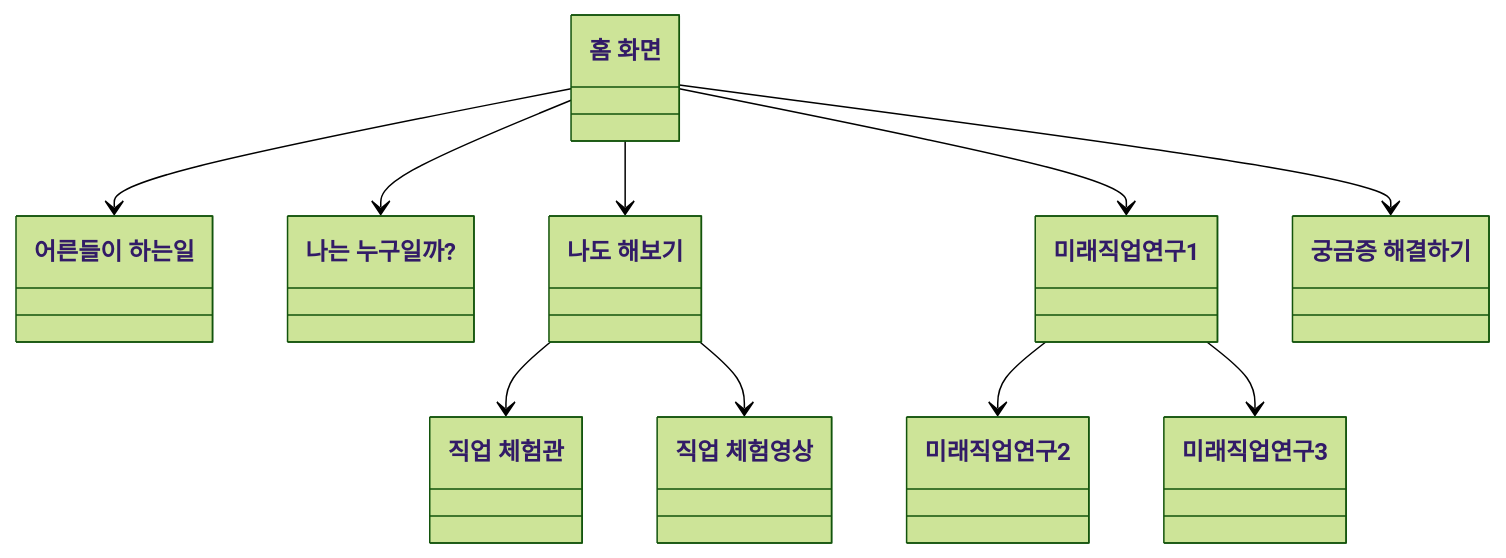
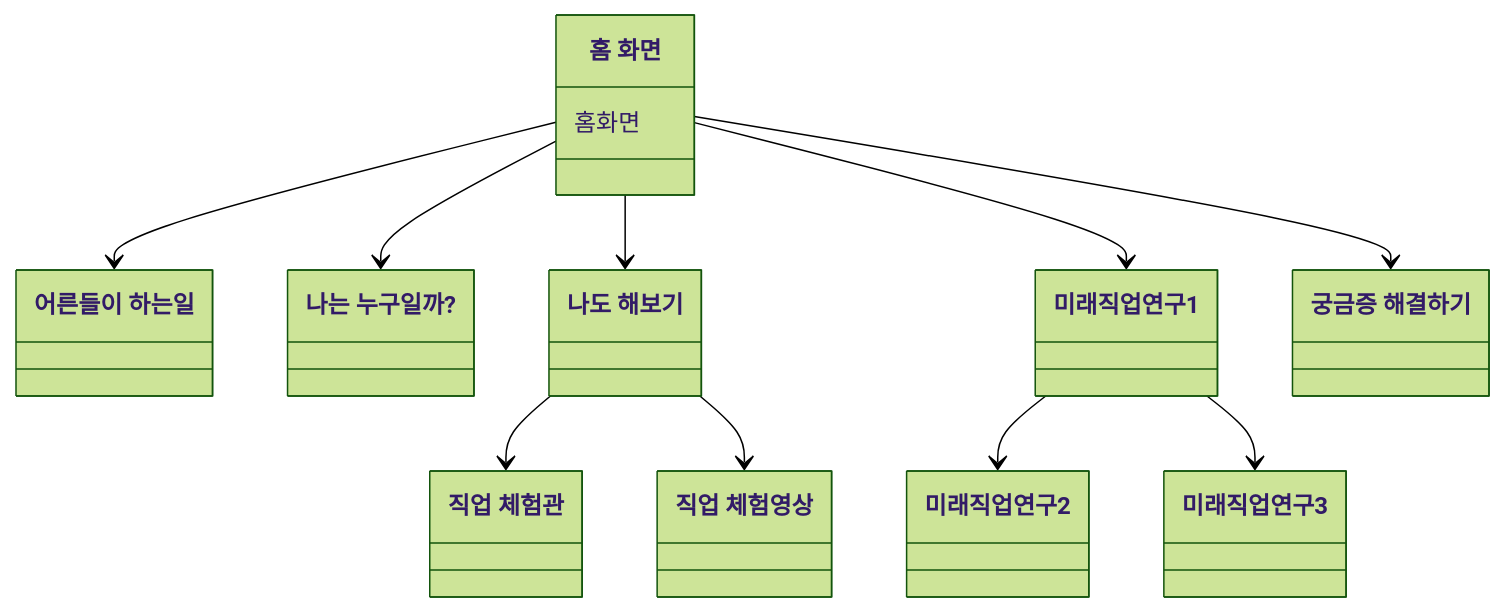
One commit to ubinjeon/django_project changed the diagram in README.md. Above: the diagram before and after it, drawn with Mermaid (forest theme).

````diff
--- a/README.md
+++ b/README.md
@@ -34,22 +34,23 @@
 ```mermaid
 classDiagram
-class `홈 화면`
+class `홈 화면`{
+  홈화면}
 class `어른들이 하는일`
 class `나는 누구일까?`
 class `나도 해보기`
 class `미래직업연구1`
 class `궁금증 해결하기`
 class `직업 체험관`
 class `직업 체험영상`
 class `미래직업연구2`
 class `미래직업연구3`
 `홈 화면`-->`어른들이 하는일`
 `홈 화면`-->`나는 누구일까?`
 `홈 화면`-->`나도 해보기`
 `홈 화면`-->`미래직업연구1`
 `홈 화면`-->`궁금증 해결하기`
 `나도 해보기`-->`직업 체험관`
 `나도 해보기`-->`직업 체험영상`
 `미래직업연구1`-->`미래직업연구2`
 `미래직업연구1`-->`미래직업연구3`
 ```
````
